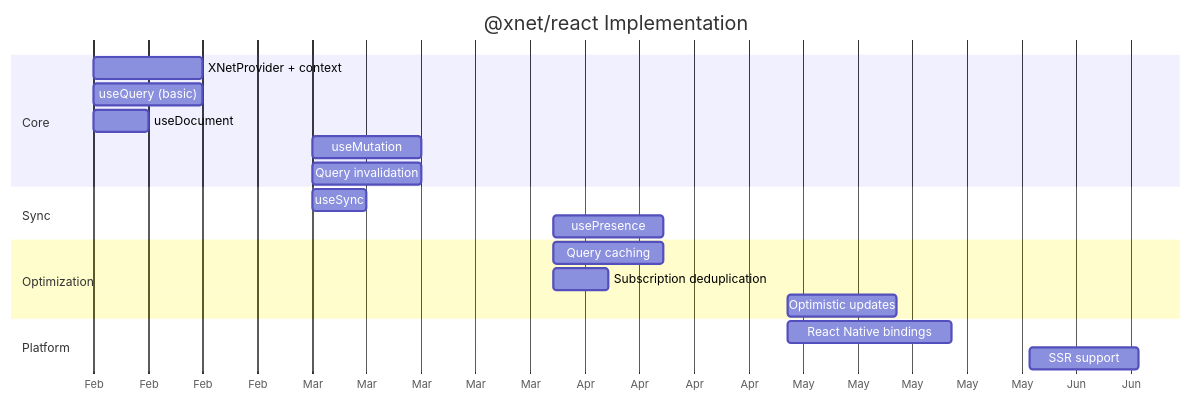
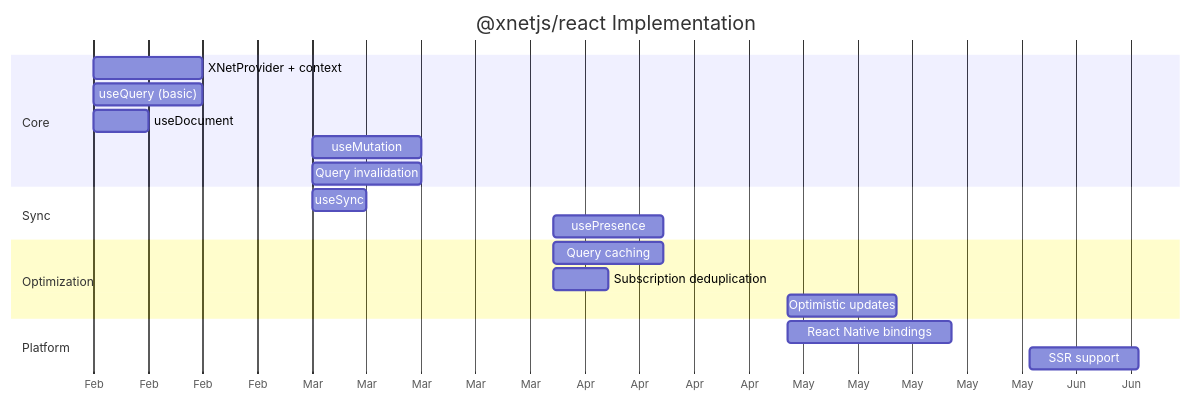
One commit to crs48/xNet changed the third of 3 diagrams in docs/plans/plan00Setup/12-react-integration.md. Above: the diagram before and after it, drawn with Mermaid. The commit also changed other lines of this file and 980 other files, not shown here.

````diff
--- a/docs/plans/plan00Setup/12-react-integration.md
+++ b/docs/plans/plan00Setup/12-react-integration.md
@@ -572,26 +572,26 @@
 ```mermaid
 gantt
-    title @xnet/react Implementation
+    title @xnetjs/react Implementation
     dateFormat  YYYY-MM
     axisFormat  %b
 
     section Core
     XNetProvider + context     :2026-02, 2w
     useQuery (basic)           :2026-02, 2w
     useDocument                :2026-02, 1w
     useMutation                :2026-03, 2w
     Query invalidation         :2026-03, 2w
 
     section Sync
     useSync                    :2026-03, 1w
     usePresence                :2026-04, 2w
 
     section Optimization
     Query caching              :2026-04, 2w
     Subscription deduplication :2026-04, 1w
     Optimistic updates         :2026-05, 2w
 
     section Platform
     React Native bindings      :2026-05, 3w
     SSR support                :2026-06, 2w
 ```
````
